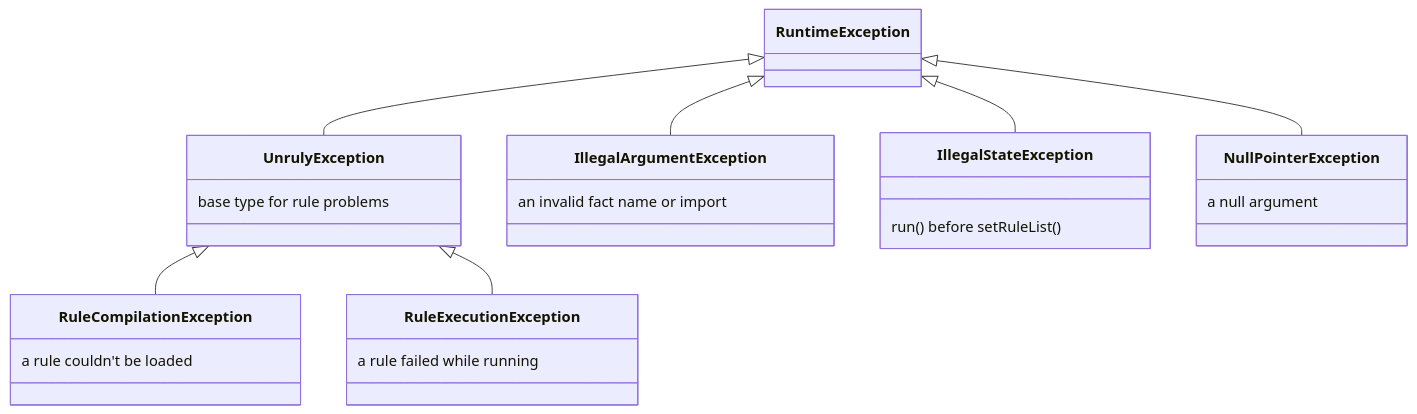
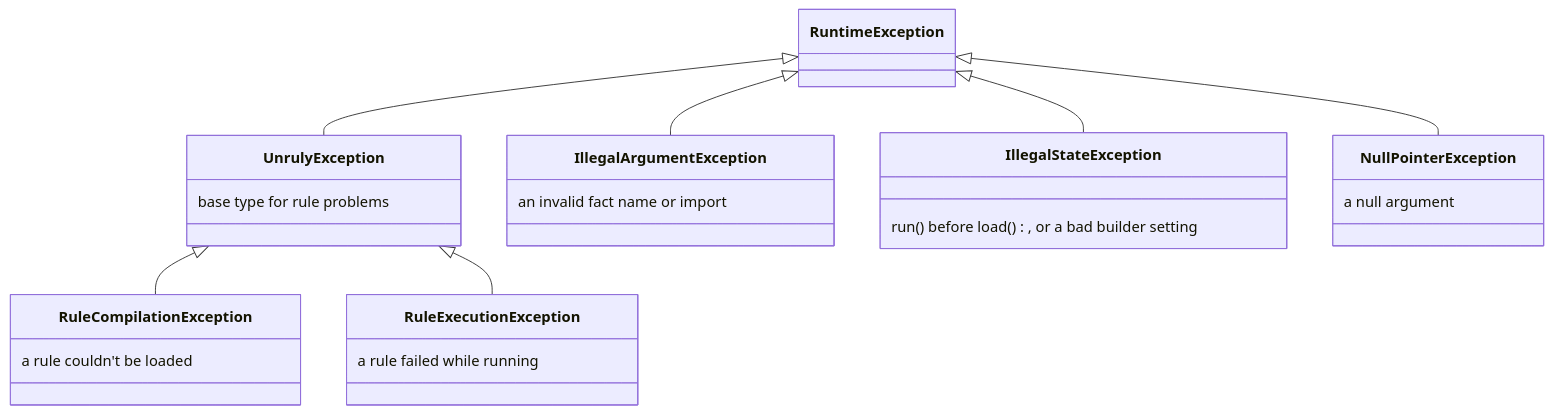
Before and after one commit to brantunger/unruly-engine: the diagram in docs/error-handling.md, drawn with Mermaid. The commit also changed other lines of this file and 112 other files, not shown here.

Commit message:
feat!: configure engines on a builder, choose a default language, and rename stateless, stateful and setRuleList (#324)

````diff
--- a/docs/error-handling.md
+++ b/docs/error-handling.md
@@ -16,28 +16,28 @@
 ```mermaid
 classDiagram
     direction TB
     RuntimeException <|-- UnrulyException
     UnrulyException <|-- RuleCompilationException
     UnrulyException <|-- RuleExecutionException
     RuntimeException <|-- IllegalArgumentException
     RuntimeException <|-- IllegalStateException
     RuntimeException <|-- NullPointerException
     class UnrulyException {
         base type for rule problems
     }
     class RuleCompilationException {
         a rule couldn't be loaded
     }
     class RuleExecutionException {
         a rule failed while running
     }
     class IllegalArgumentException {
         an invalid fact name or import
     }
     class IllegalStateException {
-        run() before setRuleList()
+        run() before load(), or a bad builder setting
     }
     class NullPointerException {
         a null argument
     }
 ```
````
